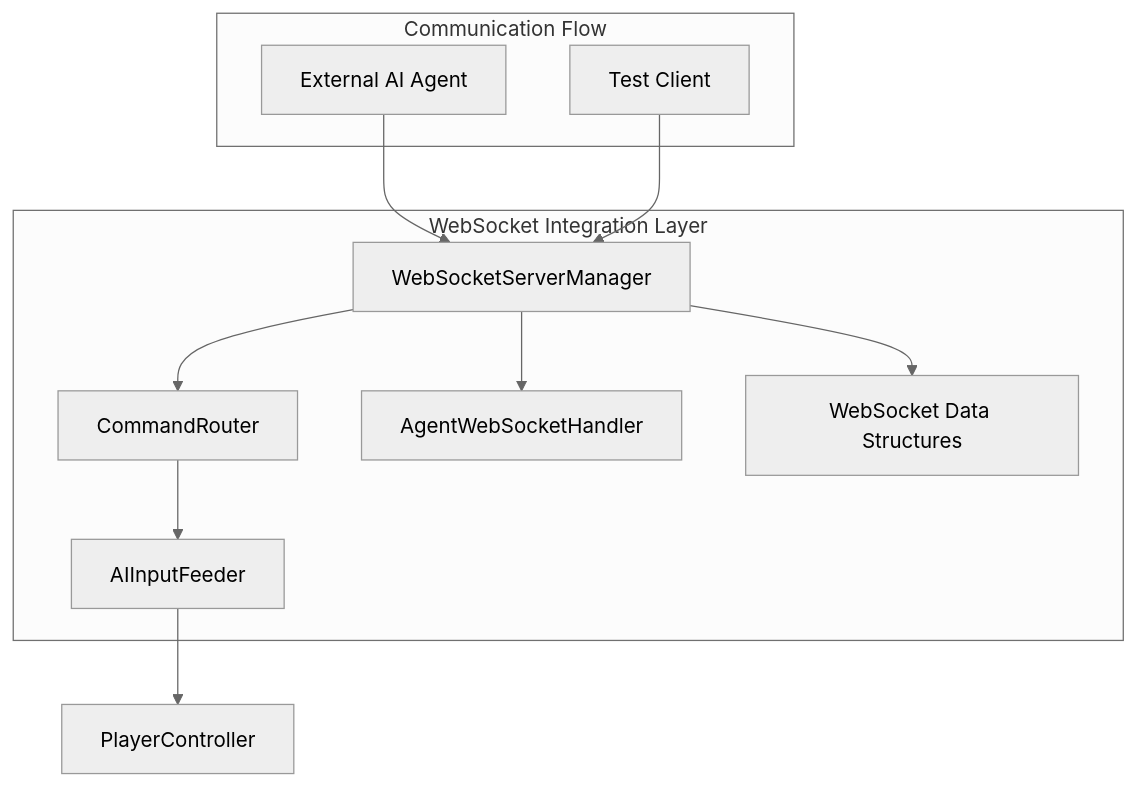
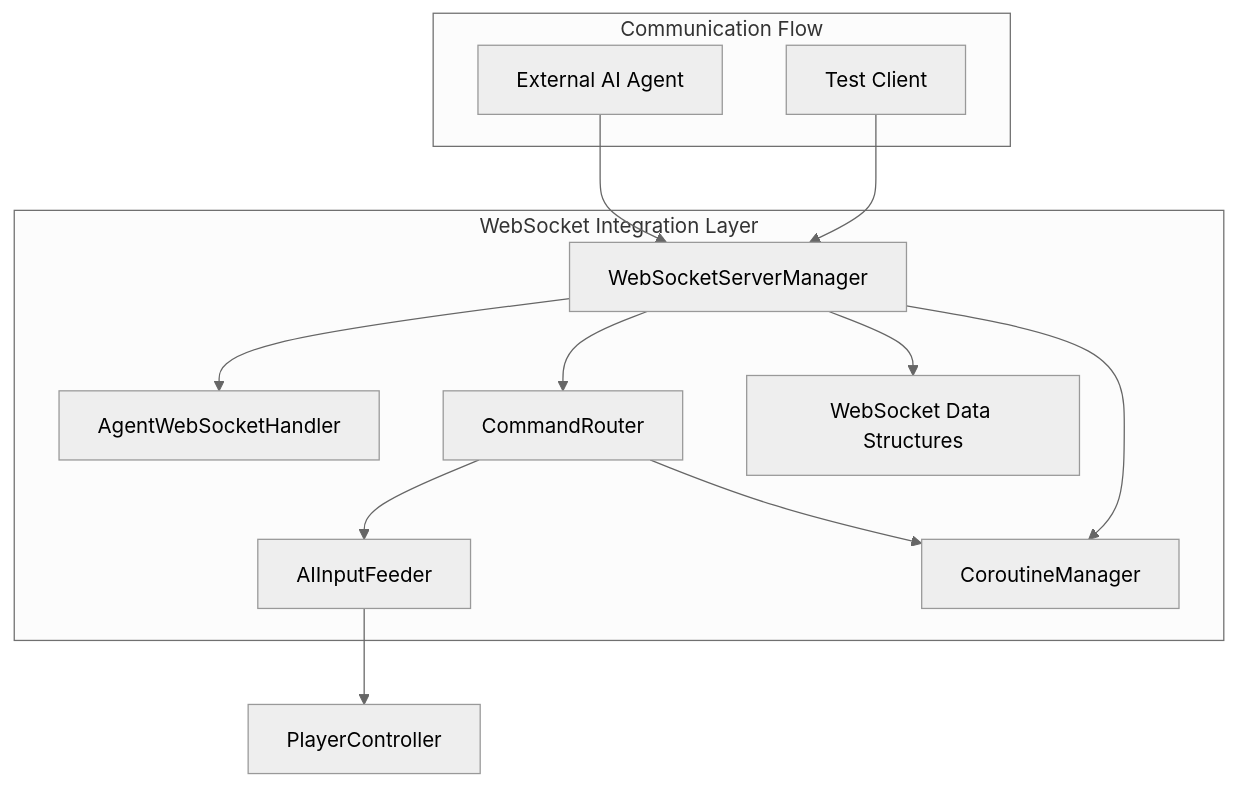
Before and after one commit to kandeng/AI-Controlled-battle-game: the eighth of 9 diagrams in .qoder/repowiki/en/content/Project Overview/System Architecture Overview.md, drawn with Mermaid (neutral theme). The commit also changed other lines of this file and 76 other files, not shown here.

````diff
--- a/.qoder/repowiki/en/content/Project Overview/System Architecture Overview.md
+++ b/.qoder/repowiki/en/content/Project Overview/System Architecture Overview.md
@@ -486,21 +501,24 @@
 ```mermaid
 graph TB
 subgraph "WebSocket Integration Layer"
 WSManager[WebSocketServerManager]
 CommandRouter[CommandRouter]
 AgentHandler[AgentWebSocketHandler]
 AIInput[AIInputFeeder]
 WSData[WebSocket Data Structures]
+CoroutineMgr[CoroutineManager]
 end
 subgraph "Communication Flow"
 Client[External AI Agent]
 TestClient[Test Client]
 end
 WSManager --> AgentHandler
 WSManager --> CommandRouter
 CommandRouter --> AIInput
 AIInput --> PlayerController
 WSManager --> WSData
+WSManager --> CoroutineMgr
+CommandRouter --> CoroutineMgr
 Client --> WSManager
 TestClient --> WSManager
 ```
````
